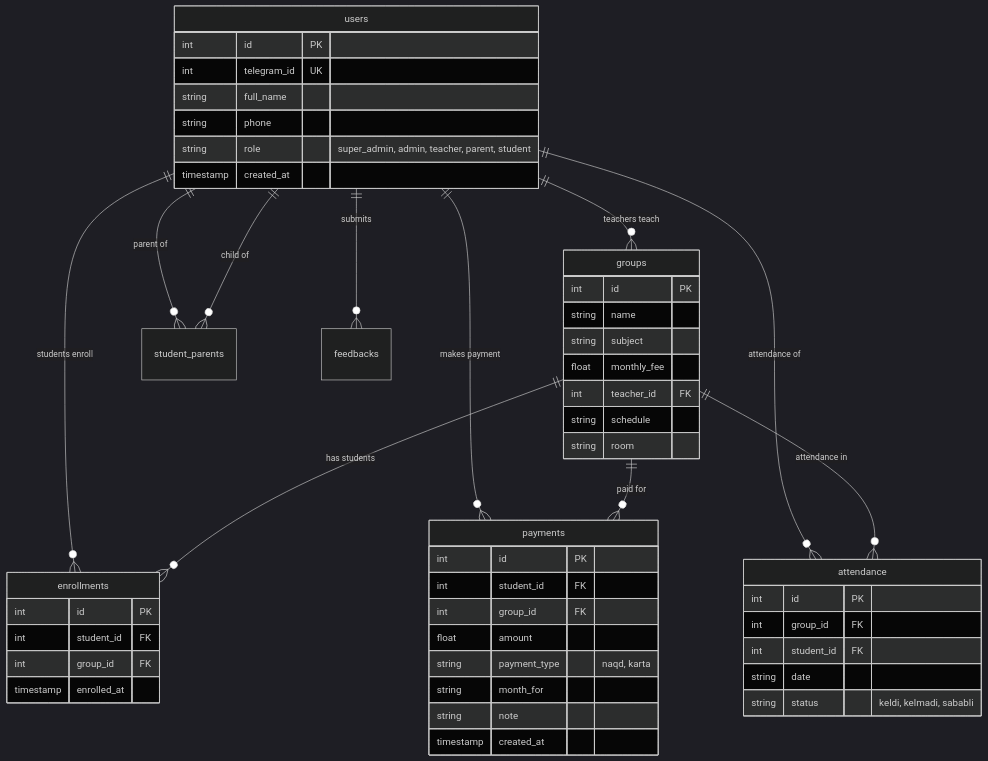
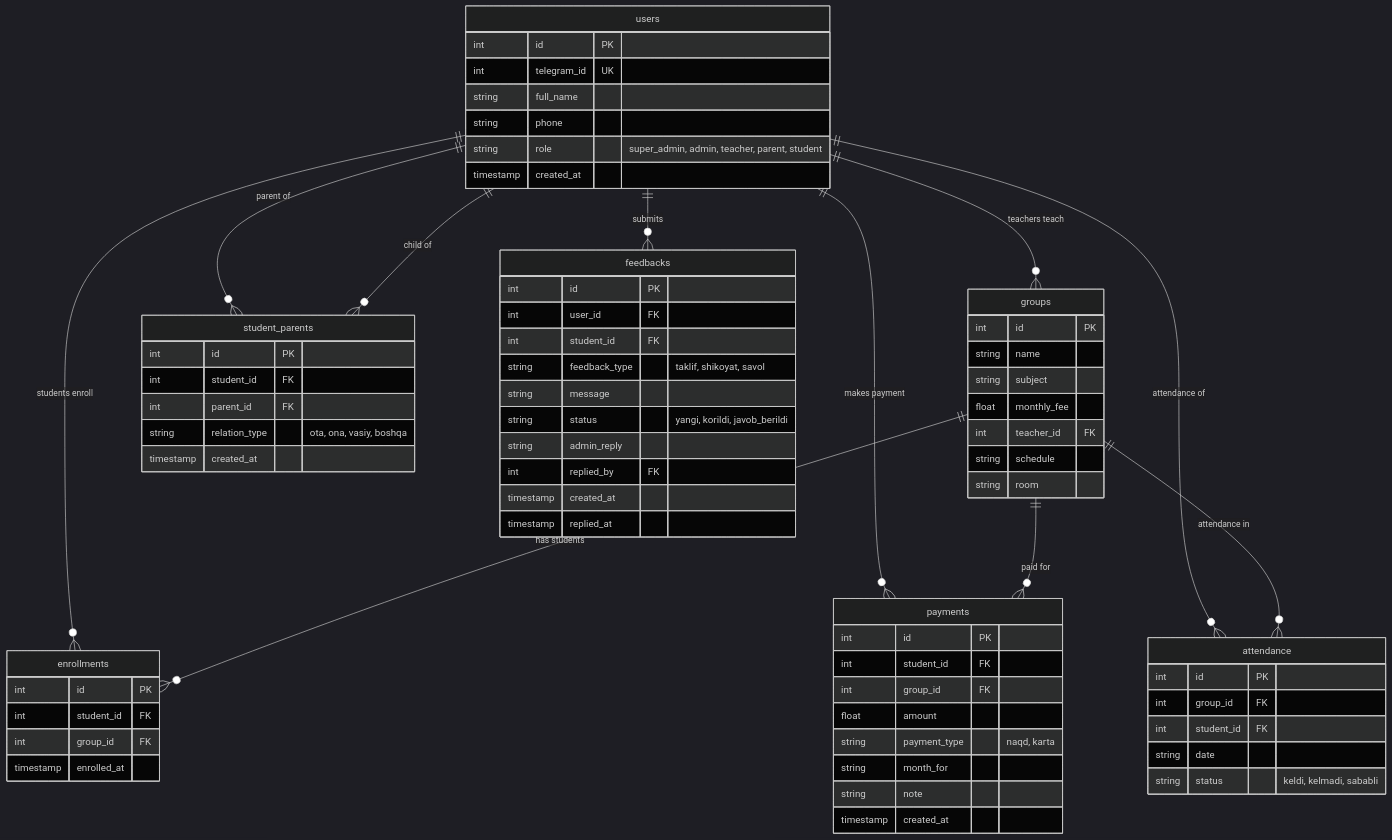
The diagram in README.md (bobojonovalobek7-dotcom/crm-bot), drawn with Mermaid (dark theme) before and after one commit. The commit also changed other lines of this file and 9 other files, not shown here.

````diff
--- a/README.md
+++ b/README.md
@@ -90,58 +331,79 @@
 ```mermaid
 erDiagram
     users ||--o{ groups : "teachers teach"
     users ||--o{ enrollments : "students enroll"
     groups ||--o{ enrollments : "has students"
     users ||--o{ payments : "makes payment"
     groups ||--o{ payments : "paid for"
     users ||--o{ attendance : "attendance of"
     groups ||--o{ attendance : "attendance in"
     users ||--o{ student_parents : "parent of"
     users ||--o{ student_parents : "child of"
     users ||--o{ feedbacks : "submits"
 
     users {
         int id PK
         int telegram_id UK
         string full_name
         string phone
         string role "super_admin, admin, teacher, parent, student"
         timestamp created_at
     }
 
     groups {
         int id PK
         string name
         string subject
         float monthly_fee
         int teacher_id FK
         string schedule
         string room
     }
 
     enrollments {
         int id PK
         int student_id FK
         int group_id FK
         timestamp enrolled_at
     }
 
     payments {
         int id PK
         int student_id FK
         int group_id FK
         float amount
         string payment_type "naqd, karta"
         string month_for
         string note
         timestamp created_at
     }
 
     attendance {
         int id PK
         int group_id FK
         int student_id FK
         string date
         string status "keldi, kelmadi, sababli"
     }
+
+    student_parents {
+        int id PK
+        int student_id FK
+        int parent_id FK
+        string relation_type "ota, ona, vasiy, boshqa"
+        timestamp created_at
+    }
+
+    feedbacks {
+        int id PK
+        int user_id FK
+        int student_id FK
+        string feedback_type "taklif, shikoyat, savol"
+        string message
+        string status "yangi, korildi, javob_berildi"
+        string admin_reply
+        int replied_by FK
+        timestamp created_at
+        timestamp replied_at
+    }
 ```
````
